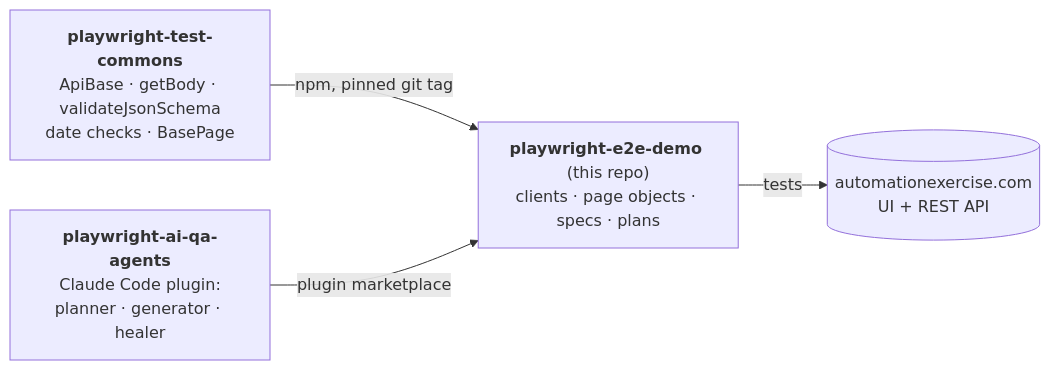
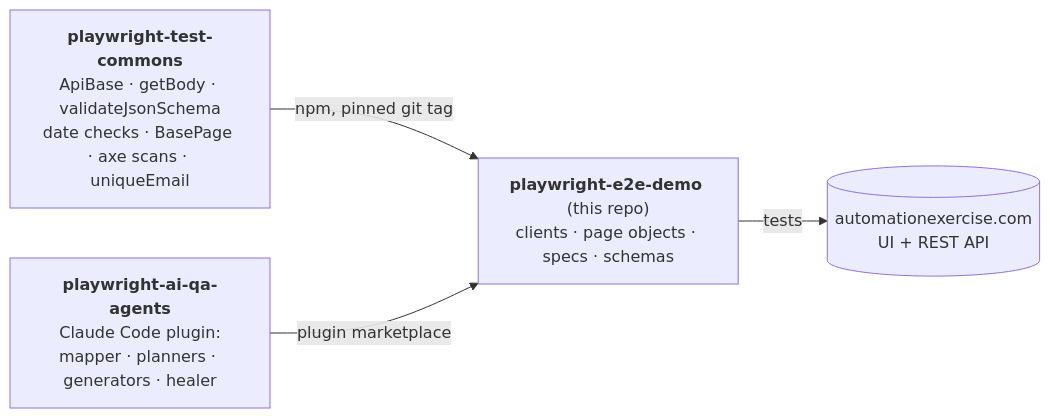
One commit to benweese/playwright-e2e-demo changed the diagram in README.md. Above: the diagram before and after it, drawn with Mermaid. The commit also changed other lines of this file and 69 other files, not shown here.

First line of the commit message:
Full test suite: all 14 API endpoints, 38 UI tests, a11y scans, Pages report

````diff
--- a/README.md
+++ b/README.md
@@ -9,10 +12,10 @@
 ```mermaid
 flowchart LR
-    commons["<b>playwright-test-commons</b><br/>ApiBase · getBody · validateJsonSchema<br/>date checks · BasePage"]
-    agents["<b>playwright-ai-qa-agents</b><br/>Claude Code plugin:<br/>planner · generator · healer"]
-    demo["<b>playwright-e2e-demo</b> (this repo)<br/>clients · page objects · specs · plans"]
+    commons["<b>playwright-test-commons</b><br/>ApiBase · getBody · validateJsonSchema<br/>date checks · BasePage · axe scans · uniqueEmail"]
+    agents["<b>playwright-ai-qa-agents</b><br/>Claude Code plugin:<br/>mapper · planners · generators · healer"]
+    demo["<b>playwright-e2e-demo</b> (this repo)<br/>clients · page objects · specs · schemas"]
     site[("automationexercise.com<br/>UI + REST API")]
     commons -- "npm, pinned git tag" --> demo
     agents -- "plugin marketplace" --> demo
     demo -- "tests" --> site
 ```
````
